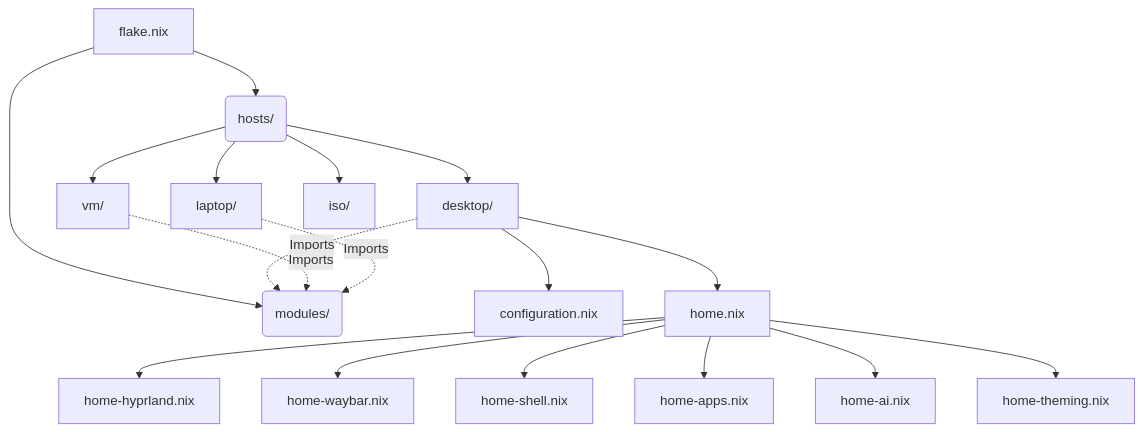
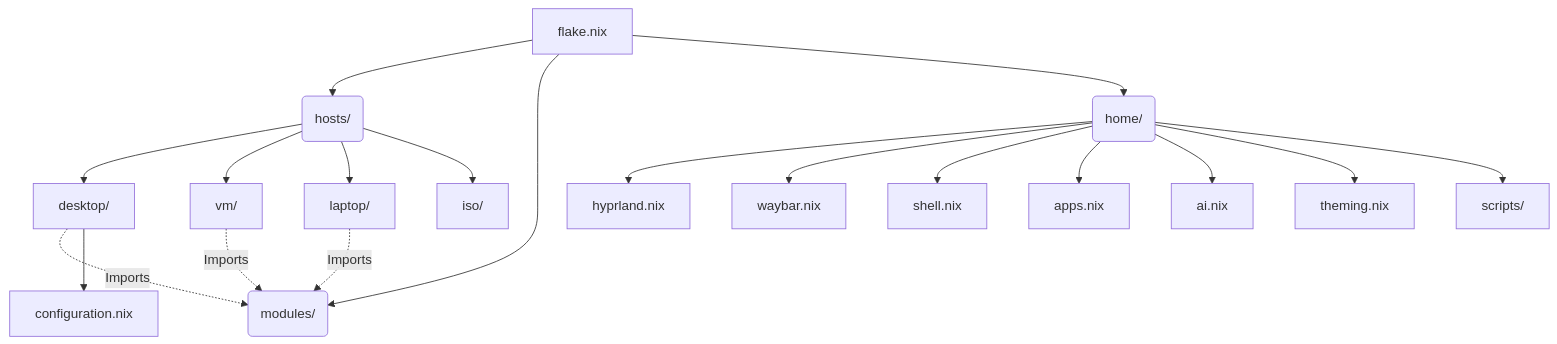
The diagram in README.md (justkowal/nixos-config), drawn with Mermaid before and after one commit. The commit also changed 87 other files, not shown here.

````diff
--- a/README.md
+++ b/README.md
@@ -7,24 +7,25 @@
 ```mermaid
 graph TD
     A[flake.nix] --> B(hosts/)
     A --> C(modules/)
+    A --> I(home/)
 
     B --> D[desktop/]
     B --> E[vm/]
     B --> F[laptop/]
     B --> G[iso/]
 
     D -.->|Imports| C
     E -.->|Imports| C
     F -.->|Imports| C
 
     D --> H[configuration.nix]
-    D --> I[home.nix]
 
-    I --> J[home-hyprland.nix]
-    I --> K[home-waybar.nix]
-    I --> L[home-shell.nix]
-    I --> M[home-apps.nix]
-    I --> N[home-ai.nix]
-    I --> O[home-theming.nix]
+    I --> J[hyprland.nix]
+    I --> K[waybar.nix]
+    I --> L[shell.nix]
+    I --> M[apps.nix]
+    I --> N[ai.nix]
+    I --> O[theming.nix]
+    I --> P[scripts/]
 ```
````
